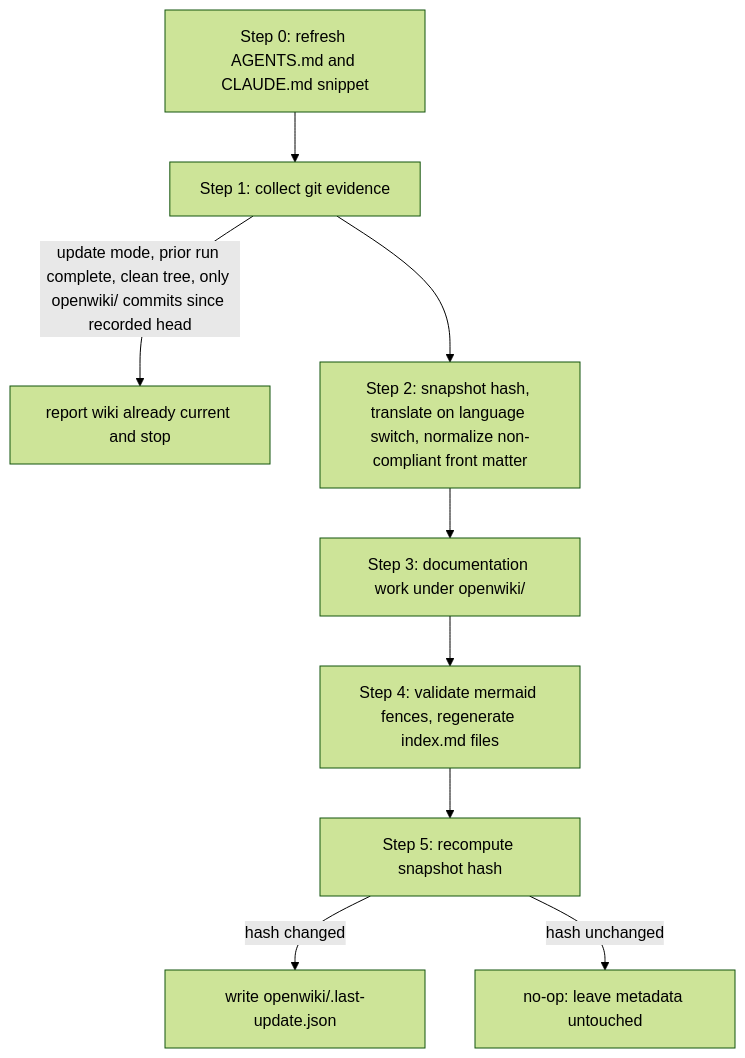
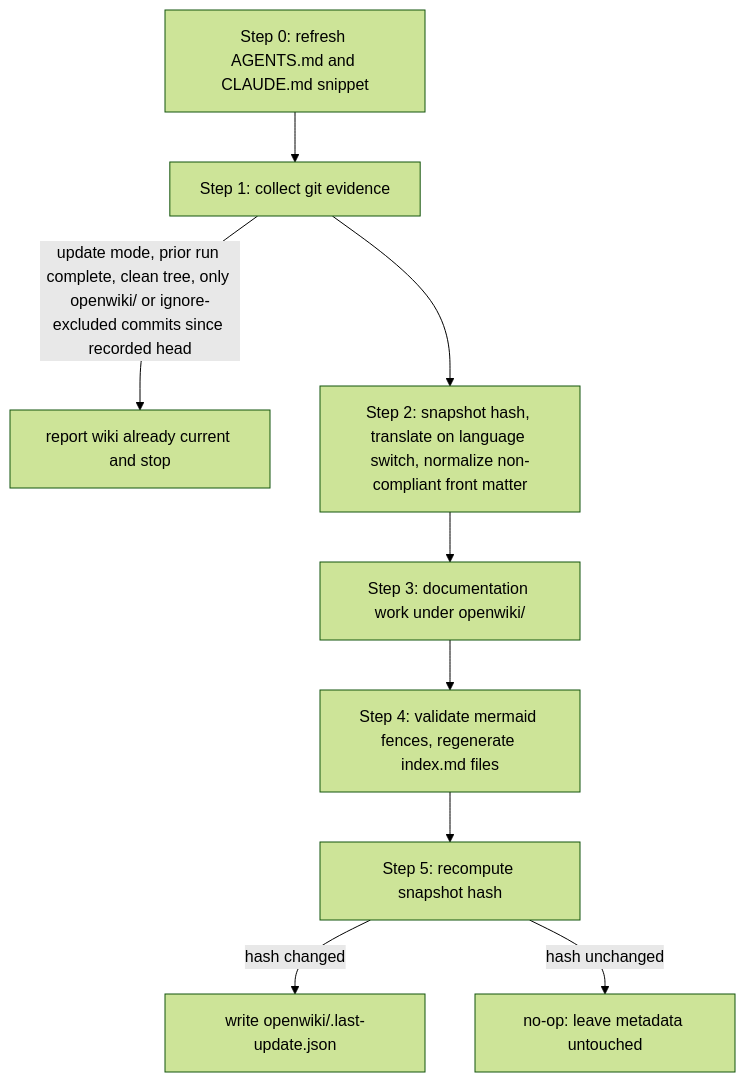
Before and after one commit to JHSeo-git/openwiki-skill: the diagram in openwiki/quickstart.md, drawn with Mermaid (forest theme). The commit also changed other lines of this file and 1 other file, not shown here.

Commit message:
docs: openwiki update — quickstart catches up to v0.2.5 (.openwikiignore read boundary, ignore-aware no-op, plan-file ownership)

````diff
--- a/openwiki/quickstart.md
+++ b/openwiki/quickstart.md
@@ -45,11 +45,11 @@
 ```mermaid
 flowchart TD
     S0["Step 0: refresh AGENTS.md and CLAUDE.md snippet"] --> S1["Step 1: collect git evidence"]
-    S1 -->|"update mode, prior run complete, clean tree, only openwiki/ commits since recorded head"| NOOP["report wiki already current and stop"]
+    S1 -->|"update mode, prior run complete, clean tree, only openwiki/ or ignore-excluded commits since recorded head"| NOOP["report wiki already current and stop"]
     S1 --> S2["Step 2: snapshot hash, translate on language switch, normalize non-compliant front matter"]
     S2 --> S3["Step 3: documentation work under openwiki/"]
     S3 --> S4["Step 4: validate mermaid fences, regenerate index.md files"]
     S4 --> S5["Step 5: recompute snapshot hash"]
     S5 -->|"hash changed"| META["write openwiki/.last-update.json"]
     S5 -->|"hash unchanged"| CURRENT["no-op: leave metadata untouched"]
 ```
````
